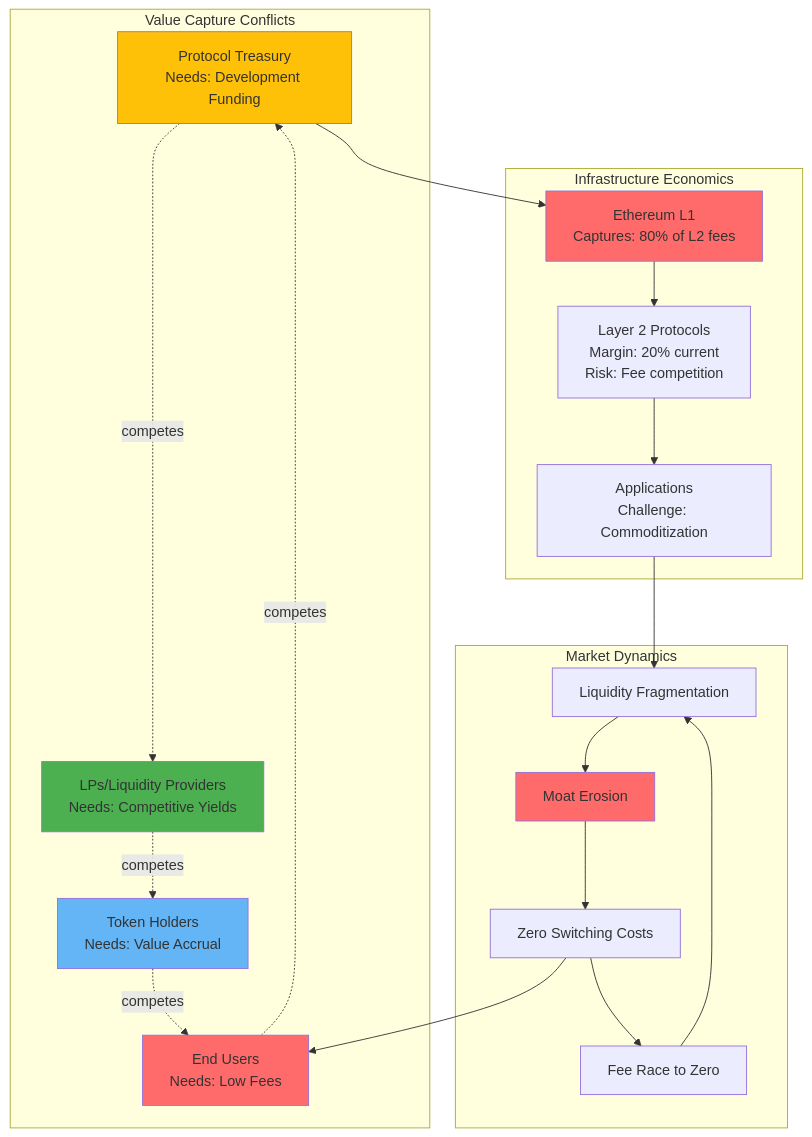
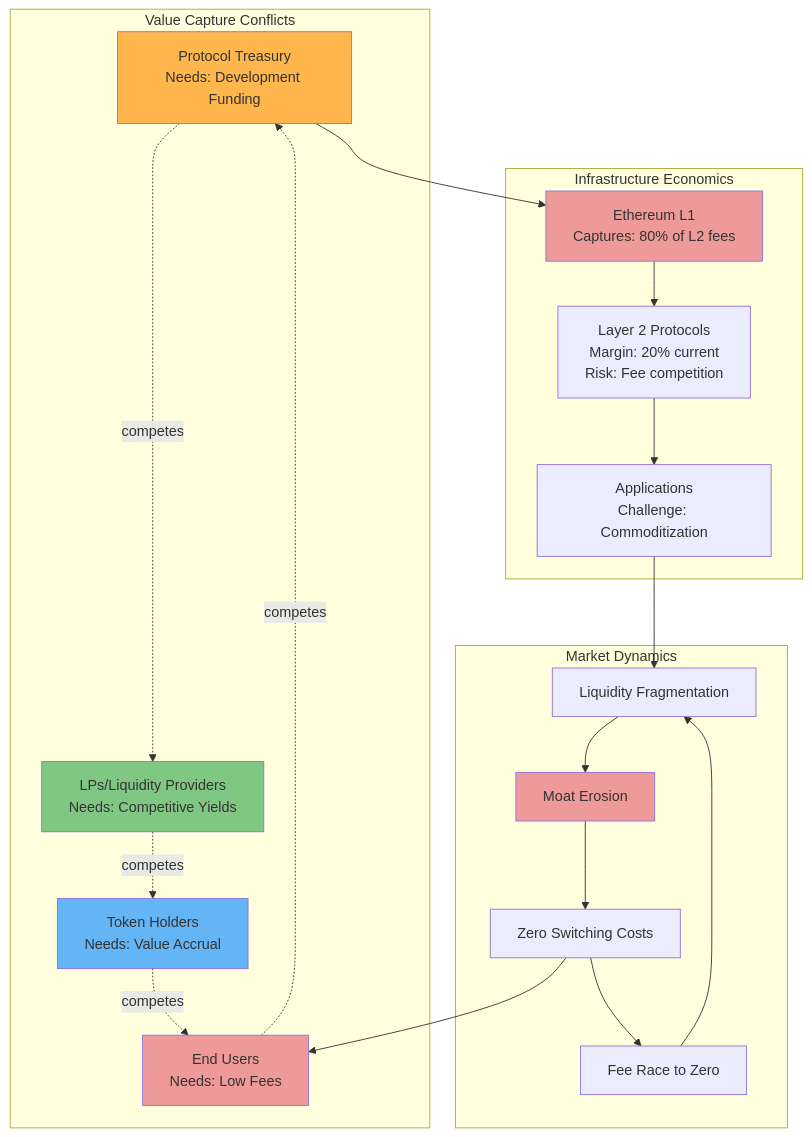
The tenth of 11 diagrams in Industry/Blockchain/Blockchain/ValueChain/QA_Perplexity.md (ljg-cqu/knowledge), drawn with Mermaid before and after one commit. The commit also changed other lines of this file and 6 other files, not shown here.

````diff
--- a/Industry/Blockchain/Blockchain/ValueChain/QA_Perplexity.md
+++ b/Industry/Blockchain/Blockchain/ValueChain/QA_Perplexity.md
@@ -1225,32 +1225,32 @@
 ```mermaid
 graph TB
     subgraph "Value Capture Conflicts"
     V1[Protocol Treasury<br/>Needs: Development Funding] -.competes.-> V2[LPs/Liquidity Providers<br/>Needs: Competitive Yields]
     V2 -.competes.-> V3[Token Holders<br/>Needs: Value Accrual]
     V3 -.competes.-> V4[End Users<br/>Needs: Low Fees]
     V4 -.competes.-> V1
     end
     
     subgraph "Infrastructure Economics"
     I1[Ethereum L1<br/>Captures: 80% of L2 fees] --> I2[Layer 2 Protocols<br/>Margin: 20% current<br/>Risk: Fee competition]
     I2 --> I3[Applications<br/>Challenge: Commoditization]
     end
     
     subgraph "Market Dynamics"
     M1[Zero Switching Costs] --> M2[Fee Race to Zero]
     M2 --> M3[Liquidity Fragmentation]
     M3 --> M4[Moat Erosion]
     M4 --> M1
     end
     
     V1 --> I1
     M1 --> V4
     I3 --> M3
     
-    style V1 fill:#FFC107
-    style V2 fill:#4CAF50
+    style V1 fill:#FFB74D
+    style V2 fill:#81C784
     style V3 fill:#64B5F6
-    style V4 fill:#FF6B6B
-    style I1 fill:#FF6B6B
-    style M4 fill:#ff6b6b
+    style V4 fill:#EF9A9A
+    style I1 fill:#EF9A9A
+    style M4 fill:#EF9A9A
 ```
````
